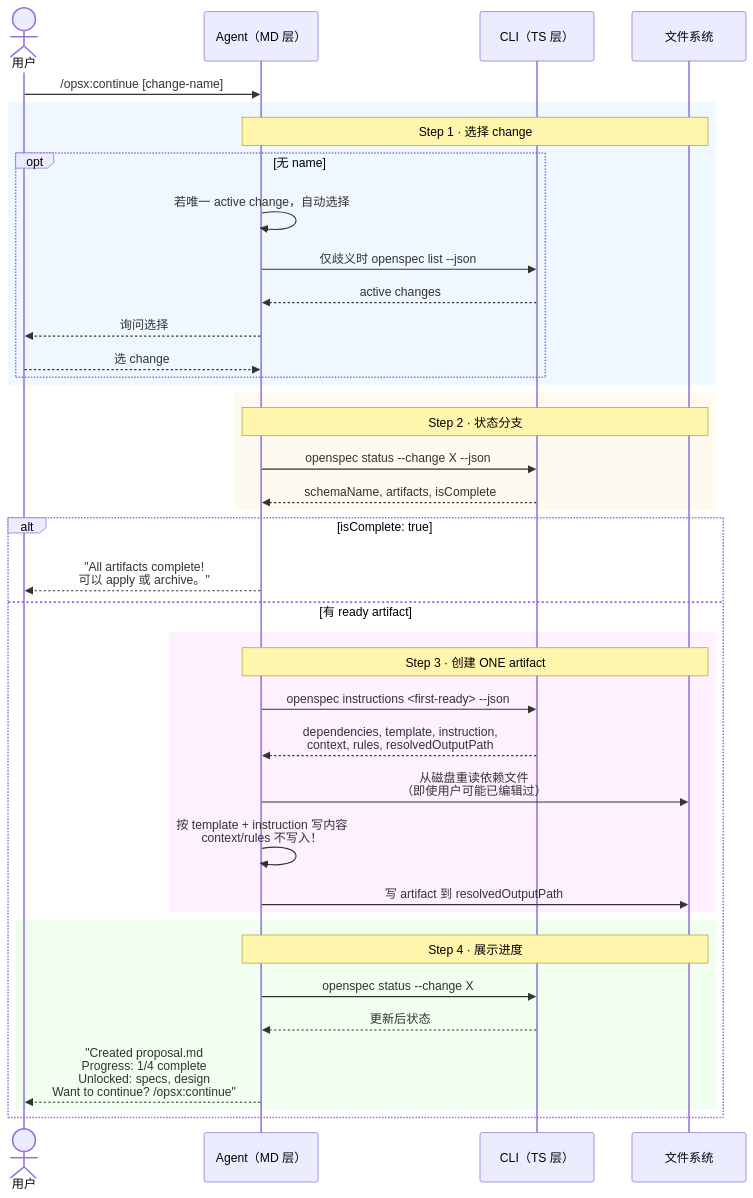
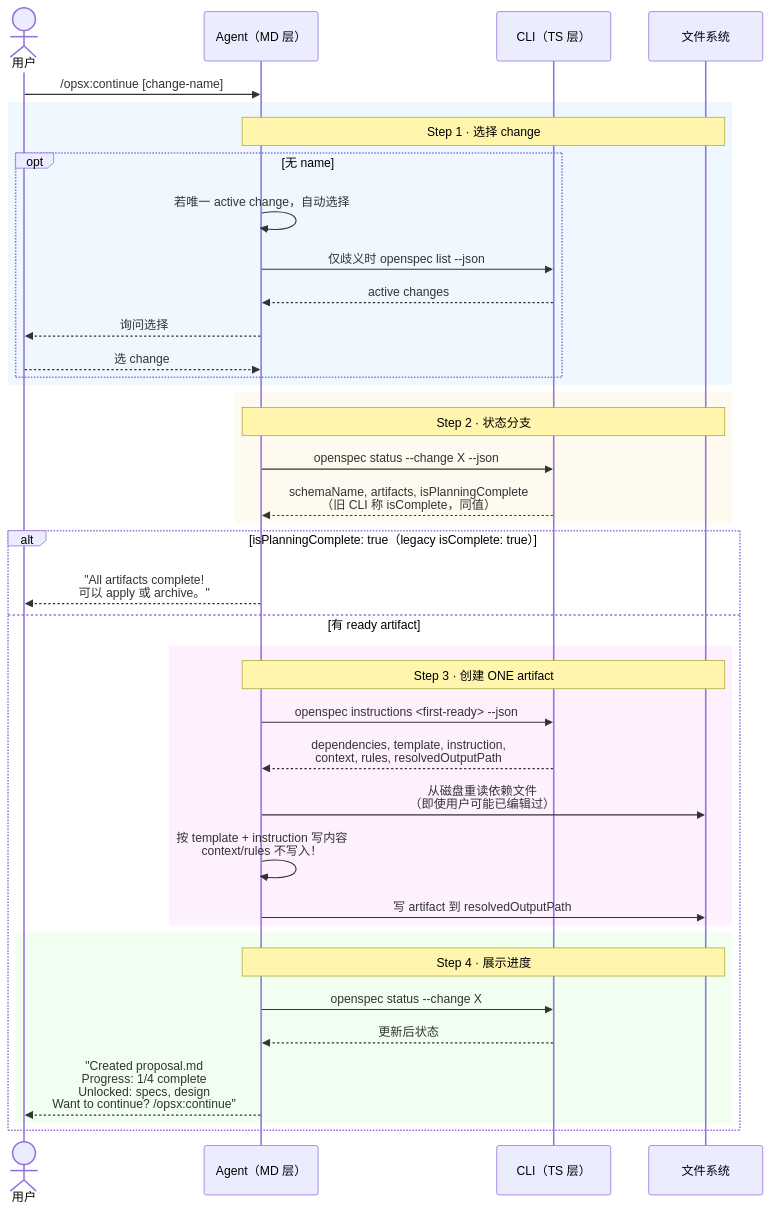
Before and after one commit to ethan-jiang-3/OpenSpec: the diagram in _digested/workflows/04-continue.md, drawn with Mermaid. The commit also changed 5 other files, not shown here.

````diff
--- a/_digested/workflows/04-continue.md
+++ b/_digested/workflows/04-continue.md
@@ -60,46 +60,46 @@
 ```mermaid
 sequenceDiagram
     actor User as 用户
     participant MD as Agent（MD 层）
     participant TS as CLI（TS 层）
     participant FS as 文件系统
 
     User->>MD: /opsx:continue [change-name]
 
     rect rgb(240, 248, 255)
         Note over MD,FS: Step 1 · 选择 change
         opt 无 name
             MD->>MD: 若唯一 active change，自动选择
             MD->>TS: 仅歧义时 openspec list --json
             TS-->>MD: active changes
             MD-->>User: 询问选择
             User-->>MD: 选 change
         end
     end
 
     rect rgb(255, 250, 240)
         Note over MD,FS: Step 2 · 状态分支
         MD->>TS: openspec status --change X --json
-        TS-->>MD: schemaName, artifacts, isComplete
+        TS-->>MD: schemaName, artifacts, isPlanningComplete<br/>（旧 CLI 称 isComplete，同值）
     end
 
-    alt isComplete: true
+    alt isPlanningComplete: true（legacy isComplete: true）
         MD-->>User: "All artifacts complete!<br/>可以 apply 或 archive。"
     else 有 ready artifact
         rect rgb(255, 240, 255)
             Note over MD,FS: Step 3 · 创建 ONE artifact
             MD->>TS: openspec instructions <first-ready> --json
             TS-->>MD: dependencies, template, instruction,<br/>context, rules, resolvedOutputPath
             MD->>FS: 从磁盘重读依赖文件<br/>（即使用户可能已编辑过）
             MD->>MD: 按 template + instruction 写内容<br/>context/rules 不写入！
             MD->>FS: 写 artifact 到 resolvedOutputPath
         end
 
         rect rgb(240, 255, 240)
             Note over MD,FS: Step 4 · 展示进度
             MD->>TS: openspec status --change X
             TS-->>MD: 更新后状态
             MD-->>User: "Created proposal.md<br/>Progress: 1/4 complete<br/>Unlocked: specs, design<br/>Want to continue? /opsx:continue"
         end
     end
 ```
````
